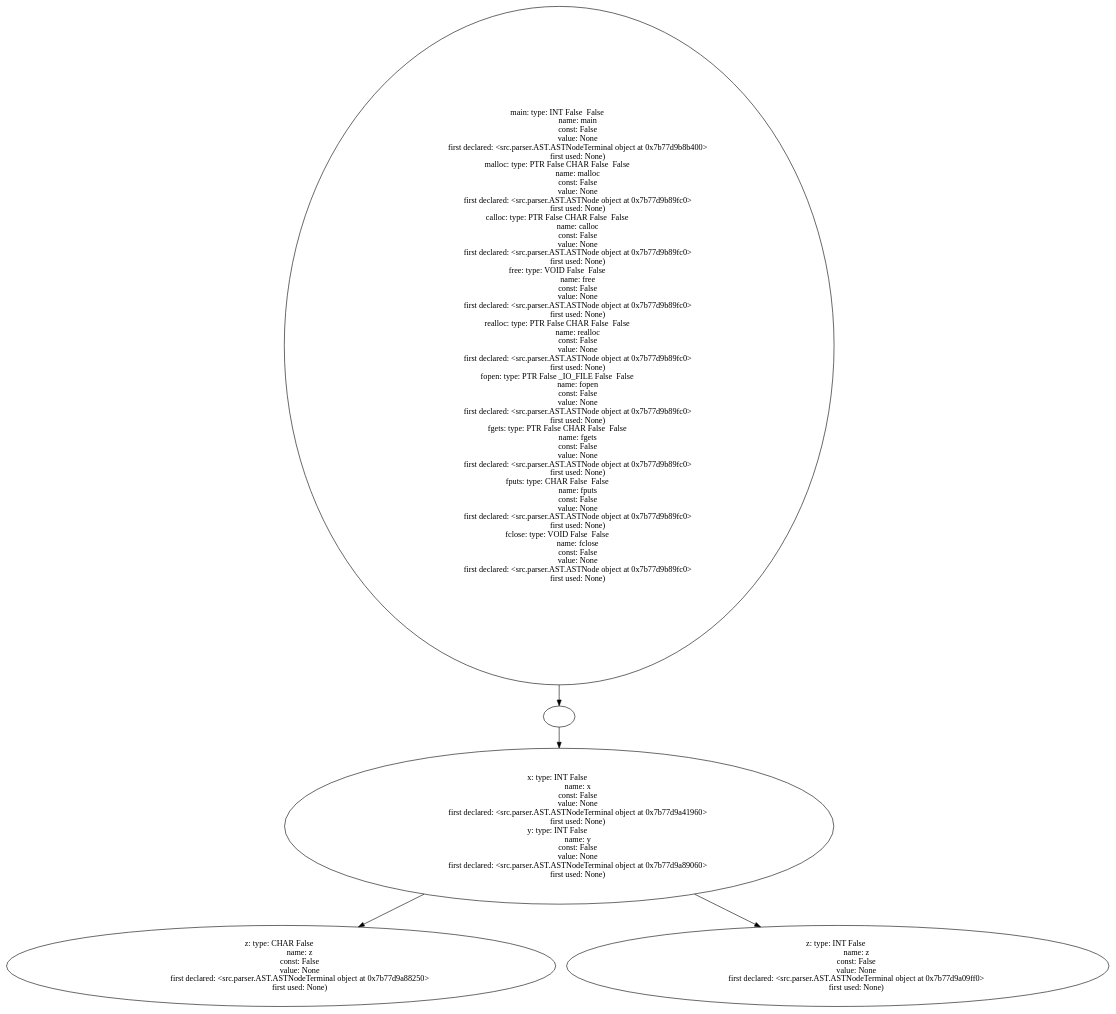
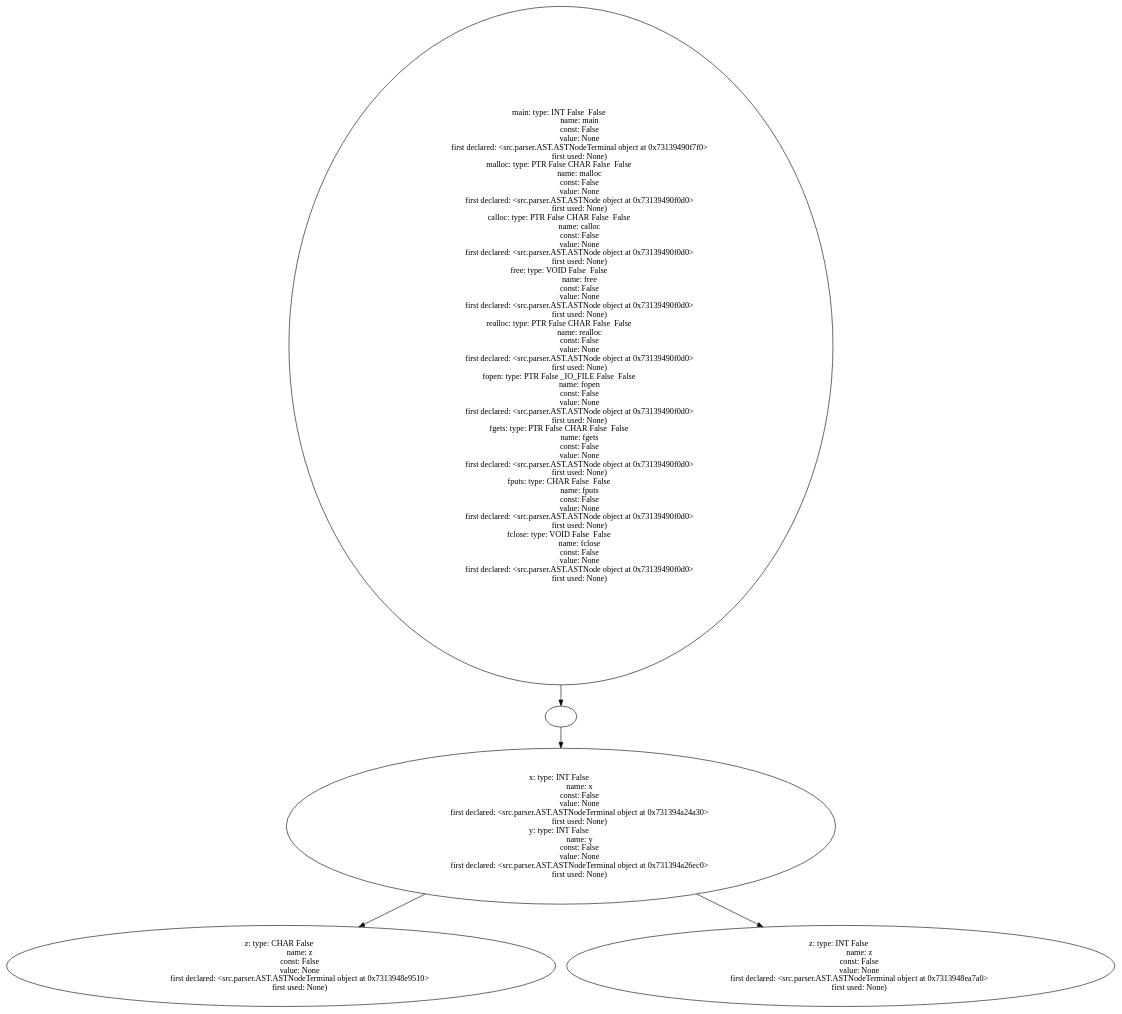
The diagram in example_source_files/32_suppport_scopes_in_symbol_table/32_suppport_scopes_in_symbol_table_table.dot (Are-you-listening/Compilers), drawn with Graphviz before and after one commit. The commit also changed 224 other files, not shown here.

```diff
--- a/example_source_files/32_suppport_scopes_in_symbol_table/32_suppport_scopes_in_symbol_table_table.dot
+++ b/example_source_files/32_suppport_scopes_in_symbol_table/32_suppport_scopes_in_symbol_table_table.dot
@@ -1,85 +1,85 @@
 digraph AST {
-  "135754683031344" [label="main: type: INT False  False  
+  "126527933949088" [label="main: type: INT False  False  
                    name: main
                    const: False
                    value: None
-                   first declared: <src.parser.AST.ASTNodeTerminal object at 0x7b77d9b8b400>
+                   first declared: <src.parser.AST.ASTNodeTerminal object at 0x73139490f7f0>
                    first used: None)
 malloc: type: PTR False CHAR False  False  
                    name: malloc
                    const: False
                    value: None
-                   first declared: <src.parser.AST.ASTNode object at 0x7b77d9b89fc0>
+                   first declared: <src.parser.AST.ASTNode object at 0x73139490f0d0>
                    first used: None)
 calloc: type: PTR False CHAR False  False  
                    name: calloc
                    const: False
                    value: None
-                   first declared: <src.parser.AST.ASTNode object at 0x7b77d9b89fc0>
+                   first declared: <src.parser.AST.ASTNode object at 0x73139490f0d0>
                    first used: None)
 free: type: VOID False  False  
                    name: free
                    const: False
                    value: None
-                   first declared: <src.parser.AST.ASTNode object at 0x7b77d9b89fc0>
+                   first declared: <src.parser.AST.ASTNode object at 0x73139490f0d0>
                    first used: None)
 realloc: type: PTR False CHAR False  False  
                    name: realloc
                    const: False
                    value: None
-                   first declared: <src.parser.AST.ASTNode object at 0x7b77d9b89fc0>
+                   first declared: <src.parser.AST.ASTNode object at 0x73139490f0d0>
                    first used: None)
 fopen: type: PTR False _IO_FILE False  False  
                    name: fopen
                    const: False
                    value: None
-                   first declared: <src.parser.AST.ASTNode object at 0x7b77d9b89fc0>
+                   first declared: <src.parser.AST.ASTNode object at 0x73139490f0d0>
                    first used: None)
 fgets: type: PTR False CHAR False  False  
                    name: fgets
                    const: False
                    value: None
-                   first declared: <src.parser.AST.ASTNode object at 0x7b77d9b89fc0>
+                   first declared: <src.parser.AST.ASTNode object at 0x73139490f0d0>
                    first used: None)
 fputs: type: CHAR False  False  
                    name: fputs
                    const: False
                    value: None
-                   first declared: <src.parser.AST.ASTNode object at 0x7b77d9b89fc0>
+                   first declared: <src.parser.AST.ASTNode object at 0x73139490f0d0>
                    first used: None)
 fclose: type: VOID False  False  
                    name: fclose
                    const: False
                    value: None
-                   first declared: <src.parser.AST.ASTNode object at 0x7b77d9b89fc0>
+                   first declared: <src.parser.AST.ASTNode object at 0x73139490f0d0>
                    first used: None)"];
-  "135754683031344" -> "135754683033552";
-  "135754683033552" [label=""];
-  "135754683033552" -> "135754683028176";
-  "135754683028176" [label="x: type: INT False  
+  "126527933949088" -> "126527933953168";
+  "126527933953168" [label=""];
+  "126527933953168" -> "126527933952352";
+  "126527933952352" [label="x: type: INT False  
                    name: x
                    const: False
                    value: None
-                   first declared: <src.parser.AST.ASTNodeTerminal object at 0x7b77d9a41960>
+                   first declared: <src.parser.AST.ASTNodeTerminal object at 0x731394a24a30>
                    first used: None)
 y: type: INT False  
                    name: y
                    const: False
                    value: None
-                   first declared: <src.parser.AST.ASTNodeTerminal object at 0x7b77d9a89060>
+                   first declared: <src.parser.AST.ASTNodeTerminal object at 0x731394a26ec0>
                    first used: None)"];
-  "135754683028176" -> "135754683034560";
-  "135754683028176" -> "135754683036624";
-  "135754683034560" [label="z: type: CHAR False  
+  "126527933952352" -> "126527933945248";
+  "126527933952352" -> "126527935236752";
+  "126527933945248" [label="z: type: CHAR False  
                    name: z
                    const: False
                    value: None
-                   first declared: <src.parser.AST.ASTNodeTerminal object at 0x7b77d9a88250>
+                   first declared: <src.parser.AST.ASTNodeTerminal object at 0x7313948e9510>
                    first used: None)"];
-  "135754683036624" [label="z: type: INT False  
+  "126527935236752" [label="z: type: INT False  
                    name: z
                    const: False
                    value: None
-                   first declared: <src.parser.AST.ASTNodeTerminal object at 0x7b77d9a09ff0>
+                   first declared: <src.parser.AST.ASTNodeTerminal object at 0x7313948ea7a0>
                    first used: None)"];
 }
```
